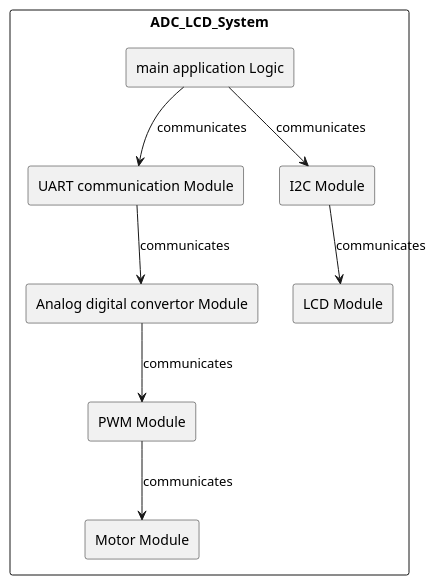
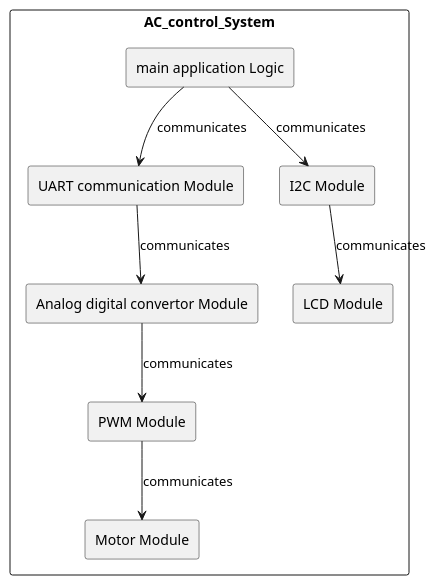
Before and after one commit to ahmedloulou/AC-control-unit: the first of 3 diagrams in project_design_tpl.md, drawn with PlantUML.

````diff
--- a/project_design_tpl.md
+++ b/project_design_tpl.md
@@ -27,21 +27,21 @@
 ```plantuml
 @startuml
-rectangle ADC_LCD_System {
+rectangle AC_control_System {
     rectangle "Analog digital convertor Module"
     rectangle "LCD Module"
     rectangle "UART communication Module"
     rectangle "main application Logic"
     rectangle "I2C Module"
     rectangle "Motor Module"
     rectangle "PWM Module"
 
     "main application Logic" --> "I2C Module" : communicates
     "main application Logic" --> "UART communication Module" : communicates
     "I2C Module" --> "LCD Module" : communicates
     "UART communication Module" --> "Analog digital convertor Module" : communicates
     "Analog digital convertor Module" --> "PWM Module" : communicates
     "PWM Module" --> "Motor Module" : communicates
 }
 @enduml
 
 ```
````
